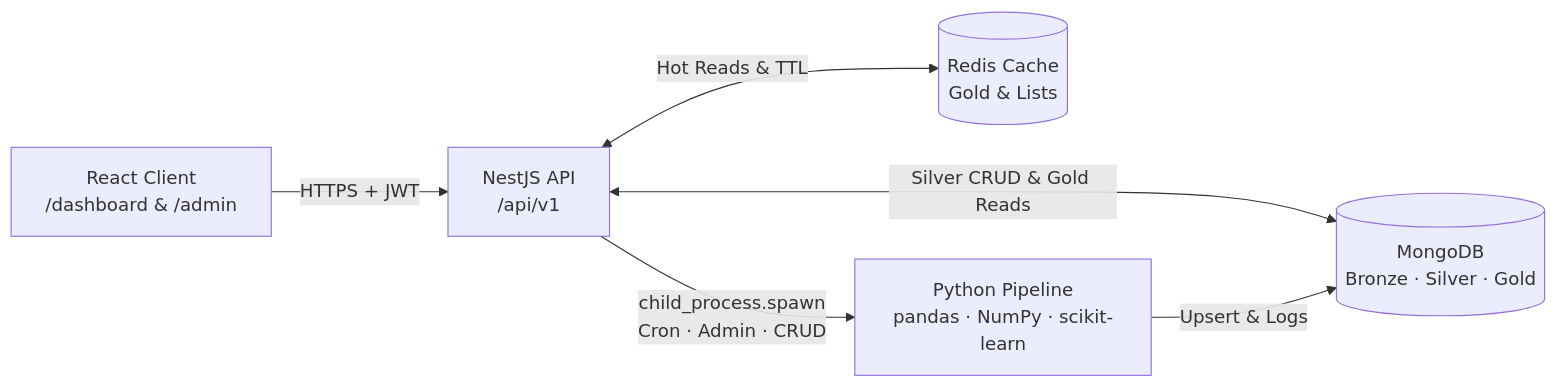
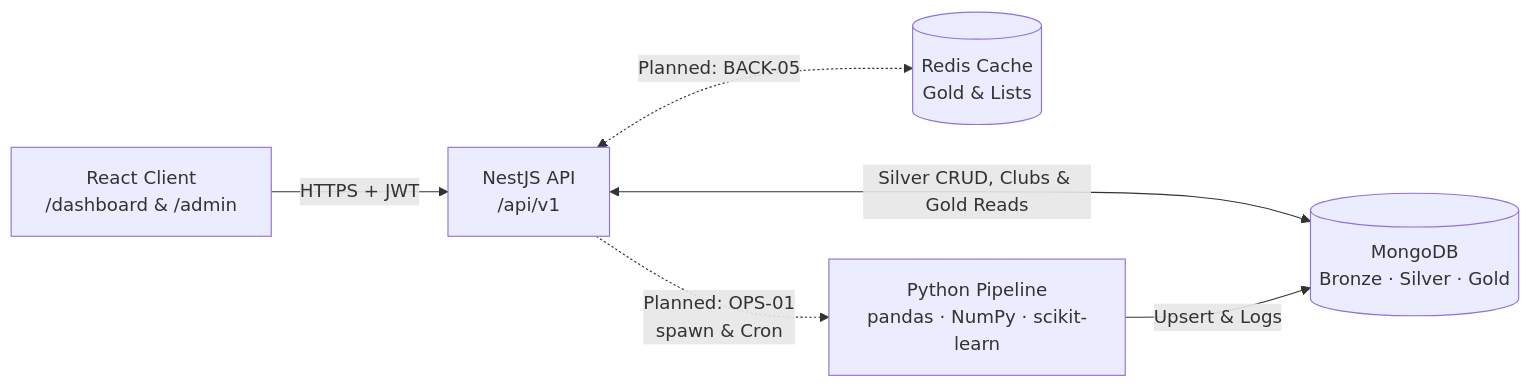
One commit to 420-514-MV-Collecte-MercatoIQ/MercatoIQ-backend changed the diagram in README.md. Above: the diagram before and after it, drawn with Mermaid. The commit also changed other lines of this file, not shown here.

Commit message:
docs(readme): mark clubs/competitions API live and clarify planned modules

````diff
--- a/README.md
+++ b/README.md
@@ -23,8 +23,8 @@
 ```mermaid
 flowchart LR
     Client["React Client<br/>/dashboard & /admin"] -->|HTTPS + JWT| API["NestJS API<br/>/api/v1"]
-    API <-->|Hot Reads & TTL| Redis[("Redis Cache<br/>Gold & Lists")]
-    API <-->|Silver CRUD & Gold Reads| Mongo[("MongoDB<br/>Bronze · Silver · Gold")]
-    API -->|child_process.spawn<br/>Cron · Admin · CRUD| Py["Python Pipeline<br/>pandas · NumPy · scikit-learn"]
+    API <-.->|Planned: BACK-05| Redis[("Redis Cache<br/>Gold & Lists")]
+    API <-->|Silver CRUD, Clubs & Gold Reads| Mongo[("MongoDB<br/>Bronze · Silver · Gold")]
+    API -.->|Planned: OPS-01<br/>spawn & Cron| Py["Python Pipeline<br/>pandas · NumPy · scikit-learn"]
     Py -->|Upsert & Logs| Mongo
 ```
````
